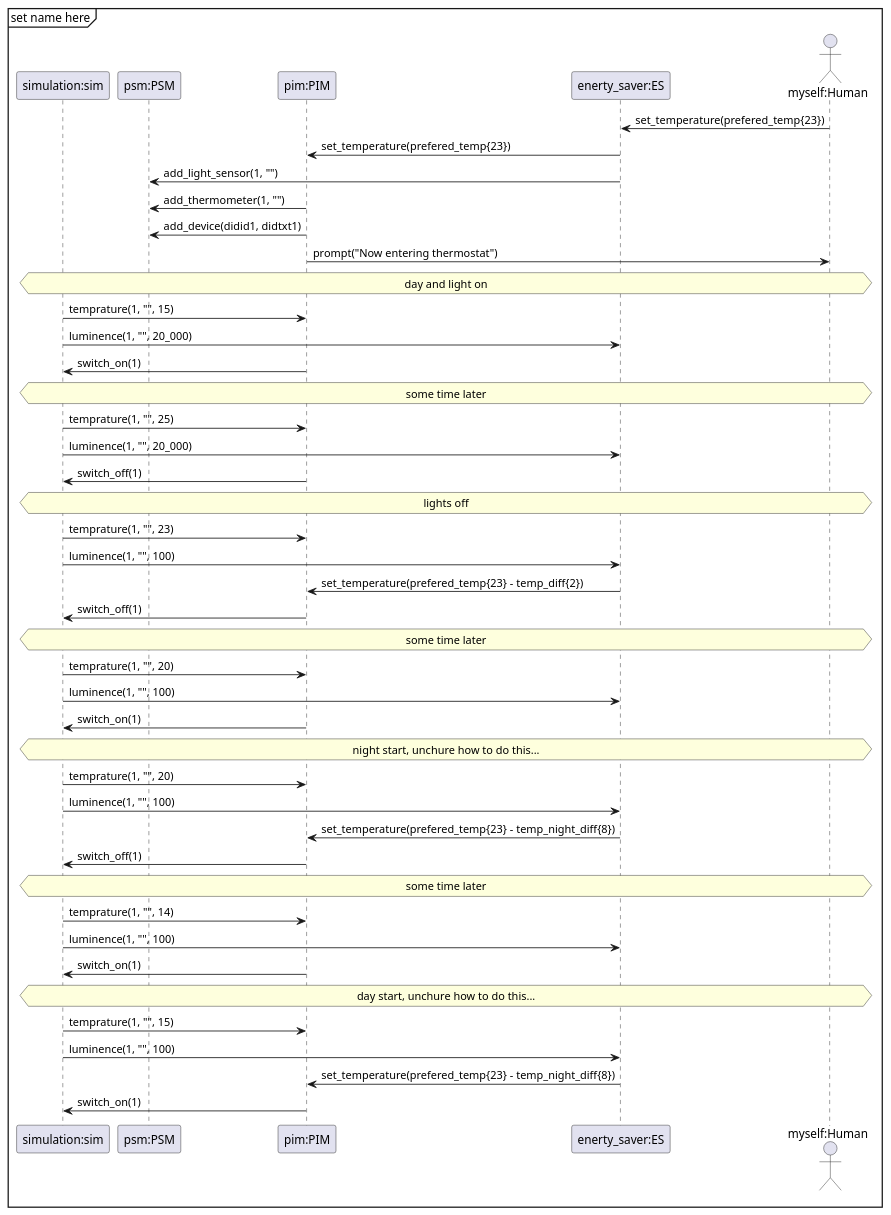
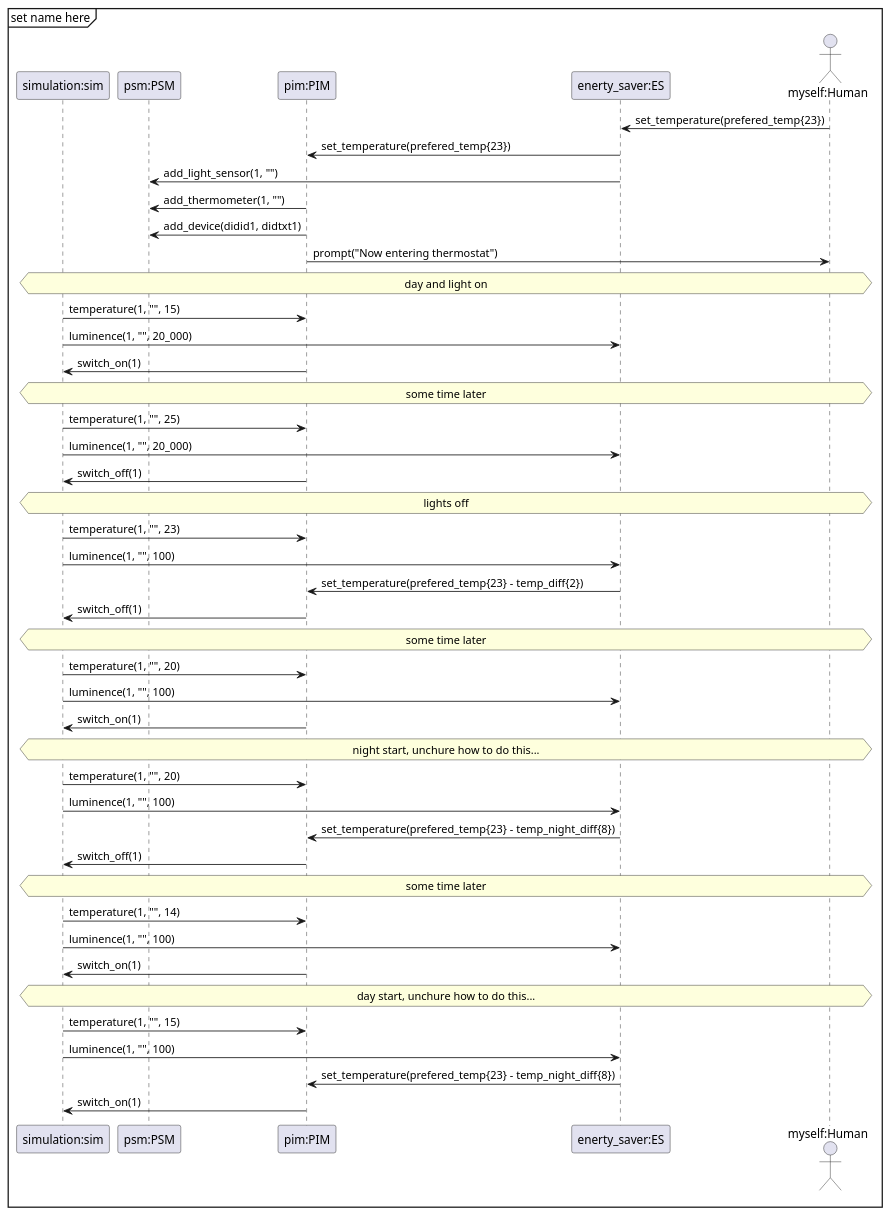
One commit to Tobhal/HIOF-Models-and-Digital-Twins changed the diagram in Oblig1/sequence diagram normal day.plantuml. Above: the diagram before and after it, drawn with PlantUML. The commit also changed 4 other files, not shown here.

```diff
--- a/Oblig1/sequence diagram normal day.plantuml
+++ b/Oblig1/sequence diagram normal day.plantuml
@@ -1,75 +1,75 @@
 @startuml sequense diagram
 mainframe set name here
 
 participant "simulation:sim" as sim
 participant "psm:PSM" as psm
 participant "pim:PIM" as pim
 participant "enerty_saver:ES" as es
 actor "myself:Human" as human
 
 'Set preferred temp
 es <- human: set_temperature(prefered_temp{23})
 pim <- es: set_temperature(prefered_temp{23})
 
 psm <- es: add_light_sensor(1, "")
 
 psm <- pim: add_thermometer(1, "")
 psm <- pim: add_device(didid1, didtxt1)
 
 pim -> human: prompt("Now entering thermostat")
 
 hnote across: day and light on
 'setup compleat
 
-sim -> pim: temprature(1, "", 15)
+sim -> pim: temperature(1, "", 15)
 sim -> es: luminence(1, "", 20_000)
 sim <- pim: switch_on(1)
 
 hnote across: some time later
 
-sim -> pim: temprature(1, "", 25)
+sim -> pim: temperature(1, "", 25)
 sim -> es: luminence(1, "", 20_000)
 sim <- pim: switch_off(1)
 
 hnote across: lights off
 
-sim -> pim: temprature(1, "", 23)
+sim -> pim: temperature(1, "", 23)
 sim -> es: luminence(1, "", 100)
 
 pim <- es: set_temperature(prefered_temp{23} - temp_diff{2})
 
 sim <- pim: switch_off(1)
 
 hnote across: some time later
 
-sim -> pim: temprature(1, "", 20)
+sim -> pim: temperature(1, "", 20)
 sim -> es: luminence(1, "", 100)
 sim <- pim: switch_on(1)
 
 hnote across: night start, unchure how to do this...
 
-sim -> pim: temprature(1, "", 20)
+sim -> pim: temperature(1, "", 20)
 sim -> es: luminence(1, "", 100)
 
 pim <- es: set_temperature(prefered_temp{23} - temp_night_diff{8})
 sim <- pim: switch_off(1)
 
 hnote across: some time later
 
-sim -> pim: temprature(1, "", 14)
+sim -> pim: temperature(1, "", 14)
 sim -> es: luminence(1, "", 100)
 
 sim <- pim: switch_on(1)
 
 hnote across: day start, unchure how to do this...
 
-sim -> pim: temprature(1, "", 15)
+sim -> pim: temperature(1, "", 15)
 sim -> es: luminence(1, "", 100)
 
 pim <- es: set_temperature(prefered_temp{23} - temp_night_diff{8})
 sim <- pim: switch_on(1)
 
 
 
 
 @enduml
```
